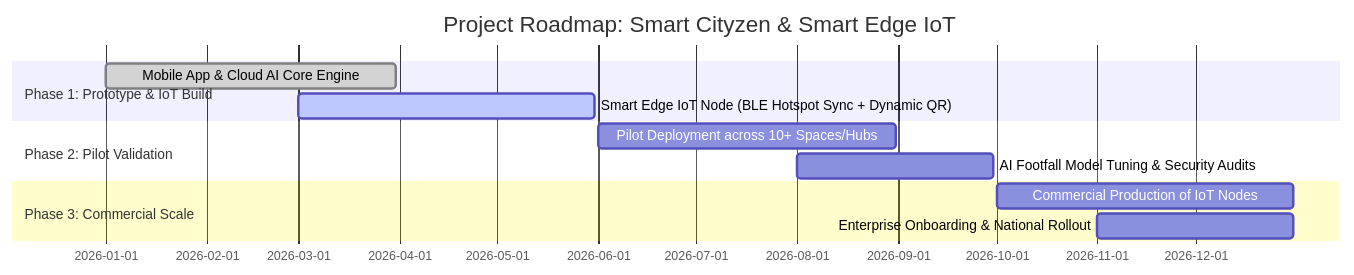
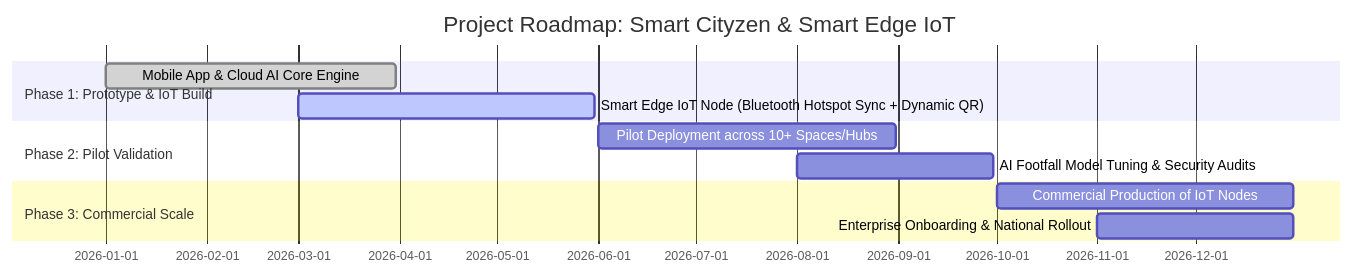
One commit to abhishekguptamzn/smartcityzenv2 changed the diagram in myprojectdetails26aug.md. Above: the diagram before and after it, drawn with Mermaid. The commit also changed other lines of this file and 20 other files, not shown here.

````diff
--- a/myprojectdetails26aug.md
+++ b/myprojectdetails26aug.md
@@ -122,14 +122,14 @@
 ```mermaid
 gantt
     title Project Roadmap: Smart Cityzen & Smart Edge IoT
     dateFormat  YYYY-MM-DD
     section Phase 1: Prototype & IoT Build
     Mobile App & Cloud AI Core Engine          :done, r1, 2026-01-01, 2026-03-31
-    Smart Edge IoT Node (BLE Hotspot Sync + Dynamic QR) :active, r2, 2026-03-01, 2026-05-31
+    Smart Edge IoT Node (Bluetooth Hotspot Sync + Dynamic QR) :active, r2, 2026-03-01, 2026-05-31
     section Phase 2: Pilot Validation
     Pilot Deployment across 10+ Spaces/Hubs    :r3, 2026-06-01, 2026-08-31
     AI Footfall Model Tuning & Security Audits :r4, 2026-08-01, 2026-09-30
     section Phase 3: Commercial Scale
     Commercial Production of IoT Nodes         :r5, 2026-10-01, 2026-12-31
     Enterprise Onboarding & National Rollout   :r6, 2026-11-01, 2026-12-31
 ```
````
